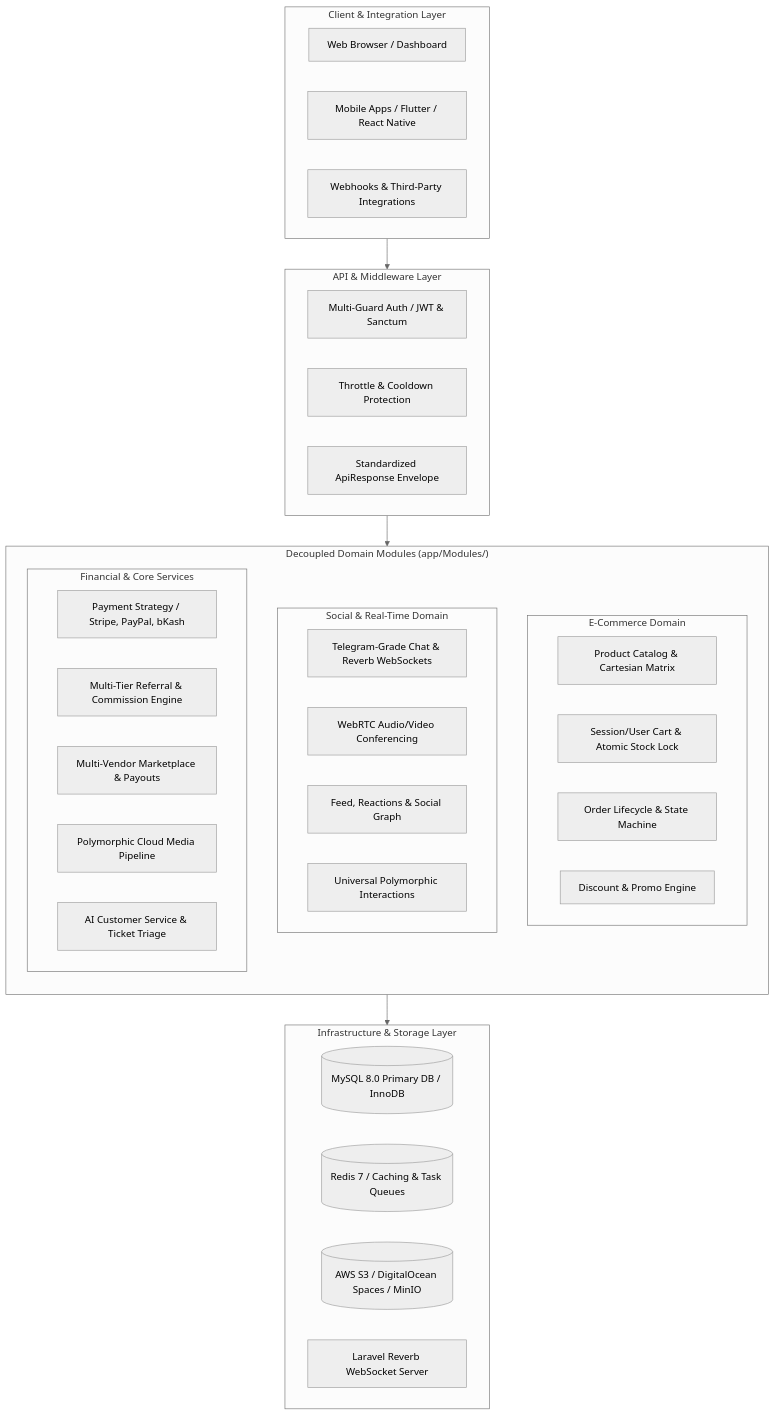
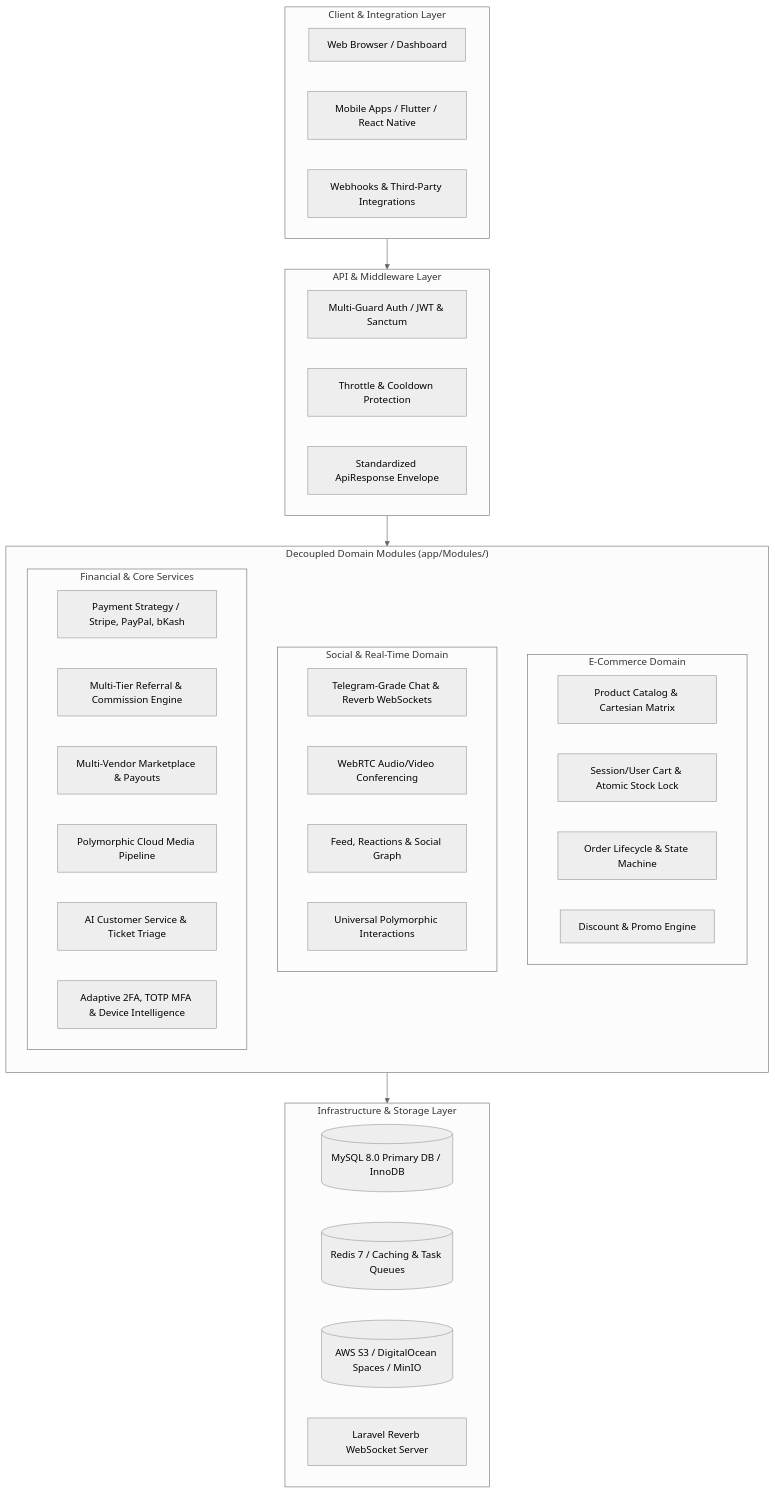
One commit to sajusun/OmniCore changed the diagram in README.md. Above: the diagram before and after it, drawn with Mermaid (neutral theme). The commit also changed other lines of this file and 8 other files, not shown here.

Commit message:
feat: add adaptive authentication module with TOTP and device management

````diff
--- a/README.md
+++ b/README.md
@@ -30,50 +30,51 @@
 ```mermaid
 flowchart TB
     subgraph ClientLayer["Client & Integration Layer"]
         Web[Web Browser / Dashboard]
         Mobile[Mobile Apps / Flutter / React Native]
         ThirdParty[Webhooks & Third-Party Integrations]
     end
 
     subgraph GatewayLayer["API & Middleware Layer"]
         AuthGuard[Multi-Guard Auth / JWT & Sanctum]
         RateLimit[Throttle & Cooldown Protection]
         ResponseEnvelope[Standardized ApiResponse Envelope]
     end
 
     subgraph DomainModules["Decoupled Domain Modules (app/Modules/)"]
         direction TB
         subgraph Commerce["E-Commerce Domain"]
             ProductModule[Product Catalog & Cartesian Matrix]
             CartModule[Session/User Cart & Atomic Stock Lock]
             OrderModule[Order Lifecycle & State Machine]
             CouponModule[Discount & Promo Engine]
         end
 
         subgraph SocialAndRealtime["Social & Real-Time Domain"]
             ChatModule[Telegram-Grade Chat & Reverb WebSockets]
             CallModule[WebRTC Audio/Video Conferencing]
             PostModule[Feed, Reactions & Social Graph]
             InteractionModule[Universal Polymorphic Interactions]
         end
 
         subgraph FinancialAndCore["Financial & Core Services"]
             PaymentModule[Payment Strategy / Stripe, PayPal, bKash]
             AffiliateModule[Multi-Tier Referral & Commission Engine]
             VendorModule[Multi-Vendor Marketplace & Payouts]
             MediaModule[Polymorphic Cloud Media Pipeline]
             AIModule[AI Customer Service & Ticket Triage]
+            AdaptiveAuthModule[Adaptive 2FA, TOTP MFA & Device Intelligence]
         end
     end
 
     subgraph InfrastructureLayer["Infrastructure & Storage Layer"]
         MySQL[(MySQL 8.0 Primary DB / InnoDB)]
         Redis[(Redis 7 / Caching & Task Queues)]
         CloudStorage[(AWS S3 / DigitalOcean Spaces / MinIO)]
         ReverbWS[Laravel Reverb WebSocket Server]
     end
 
     ClientLayer --> GatewayLayer
     GatewayLayer --> DomainModules
     DomainModules --> InfrastructureLayer
 ```
````
